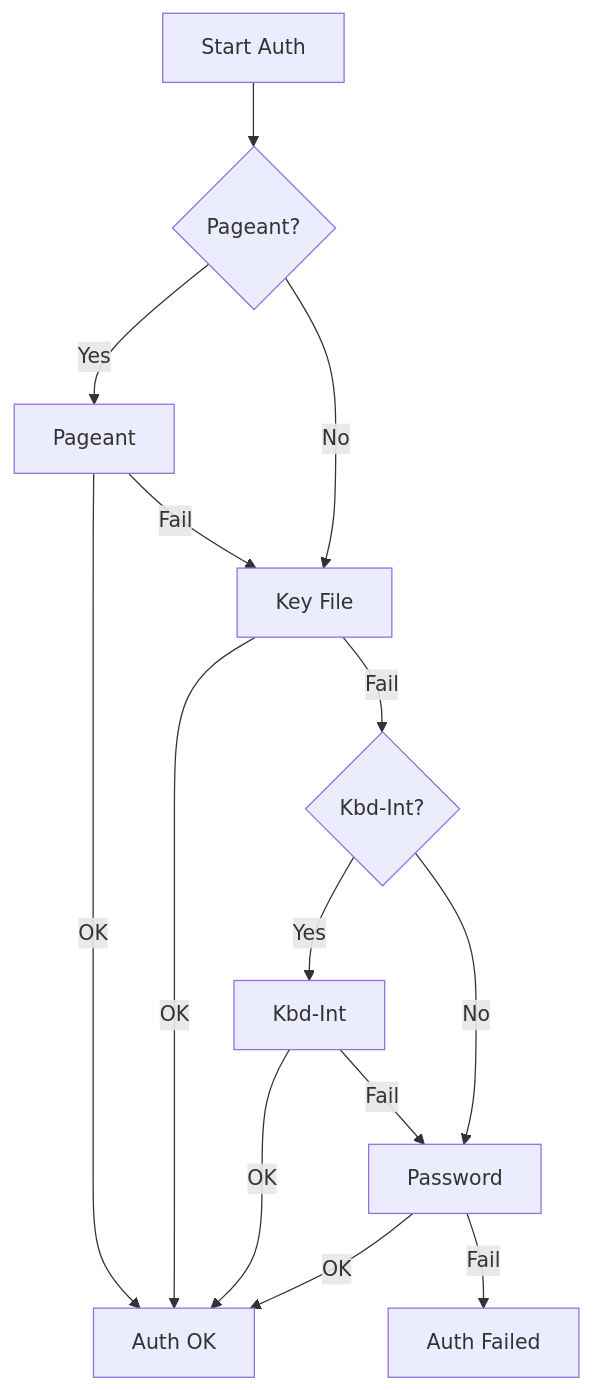
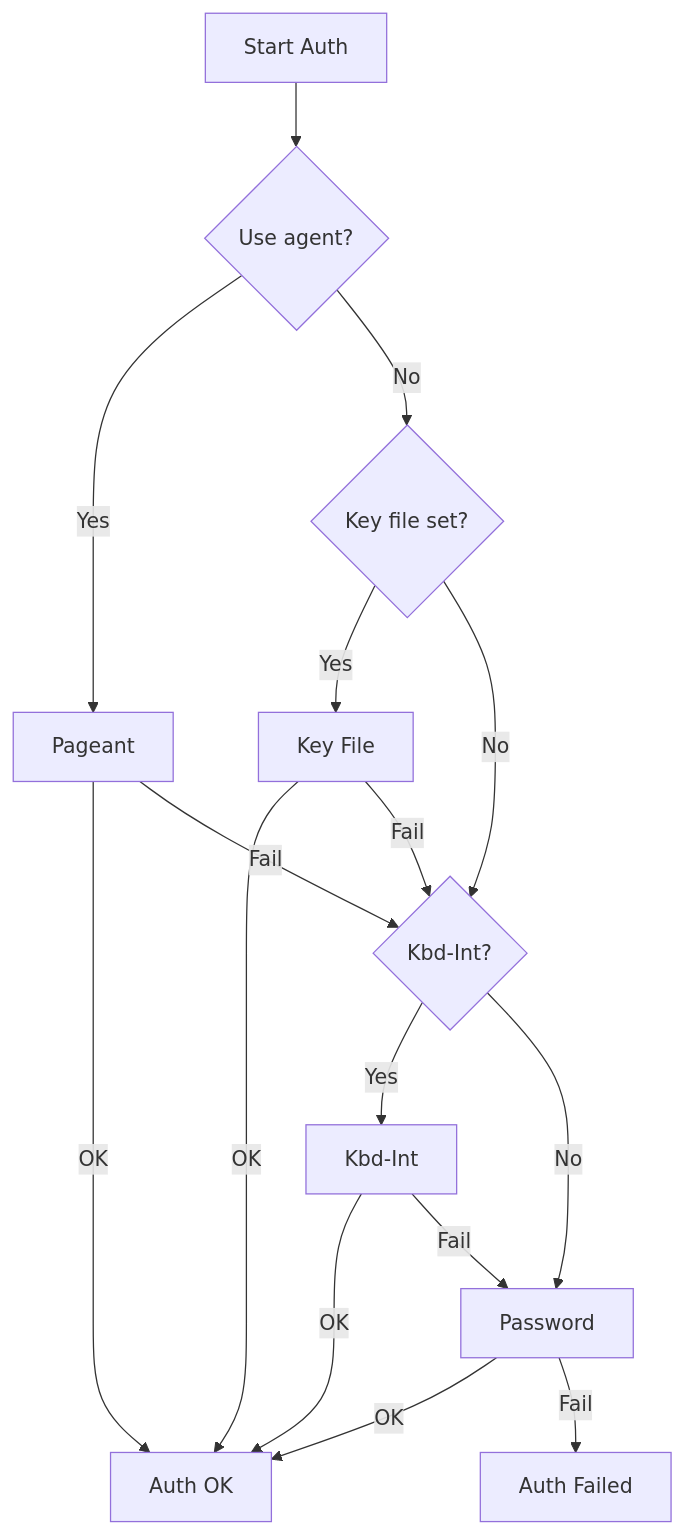
The third of 6 diagrams in README.md (zvldz/totalcmd_sftp), drawn with Mermaid before and after one commit. The commit also changed other lines of this file and 1 other file, not shown here.

````diff
--- a/README.md
+++ b/README.md
@@ -322,16 +212,18 @@
 ```mermaid
 flowchart TD
-    Start[Start Auth] --> P1{Pageant?}
+    Start[Start Auth] --> P1{Use agent?}
     P1 -->|Yes| P2[Pageant]
-    P1 -->|No| K1[Key File]
+    P1 -->|No| K0{Key file set?}
+    K0 -->|Yes| K1[Key File]
+    K0 -->|No| K2{Kbd-Int?}
     P2 -->|OK| Done[Auth OK]
-    P2 -->|Fail| K1
+    P2 -->|Fail| K2
     K1 -->|OK| Done
-    K1 -->|Fail| K2{Kbd-Int?}
+    K1 -->|Fail| K2
     K2 -->|Yes| K3[Kbd-Int]
     K2 -->|No| PW[Password]
     K3 -->|OK| Done
     K3 -->|Fail| PW
     PW -->|OK| Done
     PW -->|Fail| Err[Auth Failed]
 ```
````
